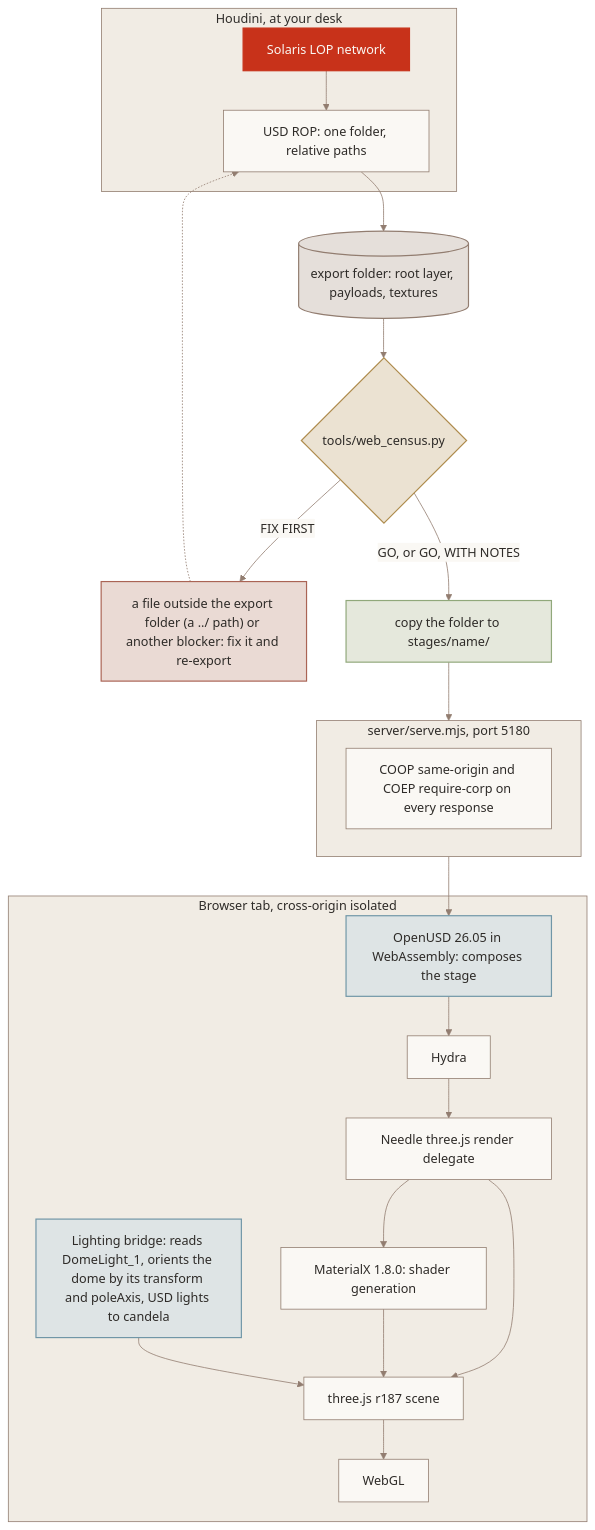
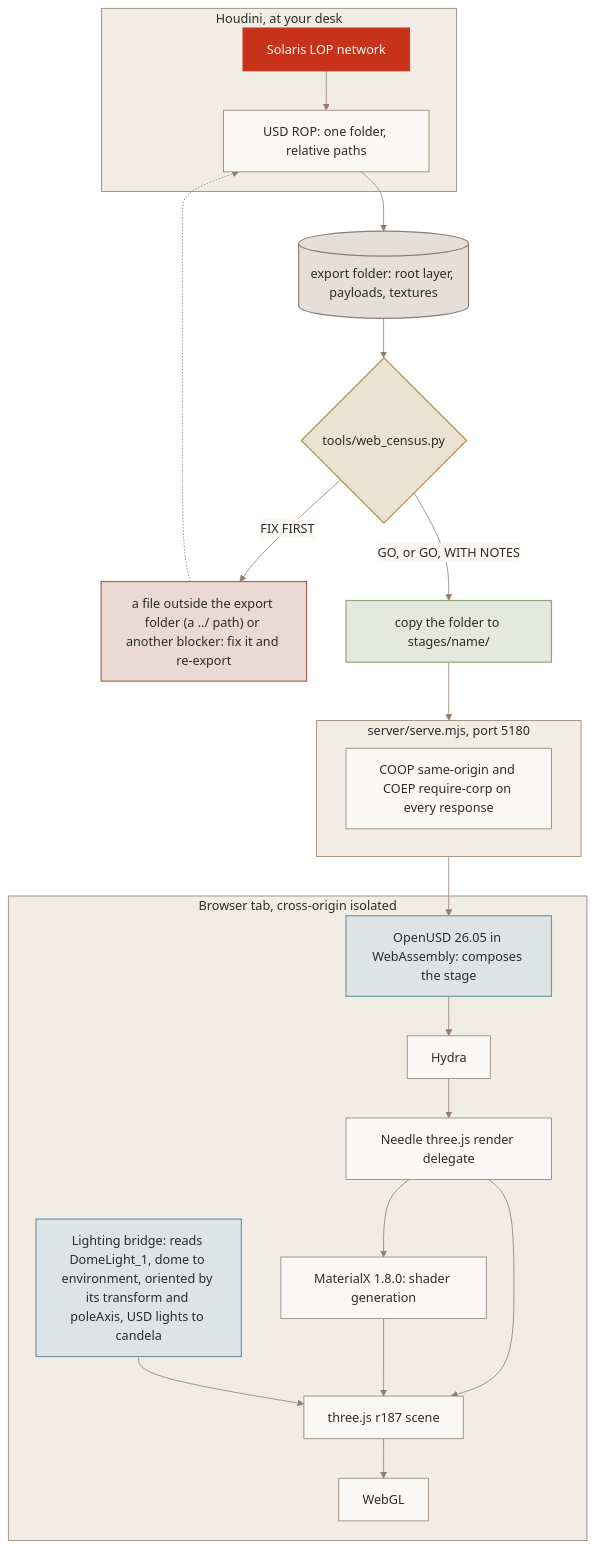
One commit to JosephOIbrahim/Solaris-to-Three.js changed the diagram in docs/architecture.md. Above: the diagram before and after it, drawn with Mermaid. The commit also changed 1 other file, not shown here.

Commit message:
docs(readme): keep "dome to environment" in both lighting bridge labels
The first pass replaced the old label instead of extending it. Both
diagrams now say the bridge reads DomeLight_1, turns the dome into the
environment, orients it by its transform and poleAxis, and converts
light units to candela.

````diff
--- a/docs/architecture.md
+++ b/docs/architecture.md
@@ -13,32 +13,32 @@
 ```mermaid
 %%{init: {"theme": "base", "themeVariables": {"fontFamily": "Archivo, BlinkMacSystemFont, Segoe UI, Roboto, Helvetica Neue, Helvetica, Arial, Noto Sans, Liberation Sans, DejaVu Sans", "fontSize": "16px", "primaryColor": "#FAF8F4", "primaryTextColor": "#2E2B28", "primaryBorderColor": "#927D70", "secondaryColor": "#F1ECE4", "tertiaryColor": "#F1ECE4", "lineColor": "#927D70", "arrowheadColor": "#927D70", "textColor": "#83776D", "nodeTextColor": "#2E2B28", "clusterBkg": "#F1ECE4", "clusterBorder": "#927D70", "titleColor": "#2E2B28", "edgeLabelBackground": "#FAF8F4", "noteBkgColor": "#F1ECE4", "noteTextColor": "#2E2B28", "noteBorderColor": "#927D70"}}}%%
 flowchart TB
   subgraph desk["Houdini, at your desk"]
     lop["Solaris LOP network"]:::accent --> rop["USD ROP: one folder, relative paths"]
   end
   rop --> folder[("export folder: root layer, payloads, textures")]:::umber
   folder --> census{"tools/web_census.py"}:::ochre
   census -->|FIX FIRST| outside["a file outside the export folder (a ../ path) or another blocker: fix it and re-export"]:::clay
   outside -.-> rop
   census -->|"GO, or GO, WITH NOTES"| stages["copy the folder to stages/name/"]:::moss
   stages --> server
   subgraph server["server/serve.mjs, port 5180"]
     headers["COOP same-origin and COEP require-corp on every response"]
   end
   server --> wasm
   subgraph tab["Browser tab, cross-origin isolated"]
     wasm["OpenUSD 26.05 in WebAssembly: composes the stage"]:::stone --> hydra["Hydra"]
     hydra --> delegate["Needle three.js render delegate"]
     delegate --> mtlx["MaterialX 1.8.0: shader generation"]
     delegate --> scene["three.js r187 scene"]
     mtlx --> scene
-    bridge["Lighting bridge: reads DomeLight_1, orients the dome by its transform and poleAxis, USD lights to candela"]:::stone --> scene
+    bridge["Lighting bridge: reads DomeLight_1, dome to environment, oriented by its transform and poleAxis, USD lights to candela"]:::stone --> scene
     scene --> webgl["WebGL"]
   end
   classDef stone fill:#DEE4E5,stroke:#7096A7,stroke-width:1.5px,color:#2E2B28
   classDef moss fill:#E5E8DC,stroke:#91A87B,stroke-width:1.5px,color:#2E2B28
   classDef ochre fill:#EBE2D2,stroke:#AE8B4C,stroke-width:1.5px,color:#2E2B28
   classDef clay fill:#EADAD4,stroke:#AA6455,stroke-width:1.5px,color:#2E2B28
   classDef umber fill:#E5DFDA,stroke:#927D70,stroke-width:1.5px,color:#2E2B28
   classDef accent fill:#C8321A,stroke:#C8321A,stroke-width:1.5px,color:#FAF8F4
 ```
````
